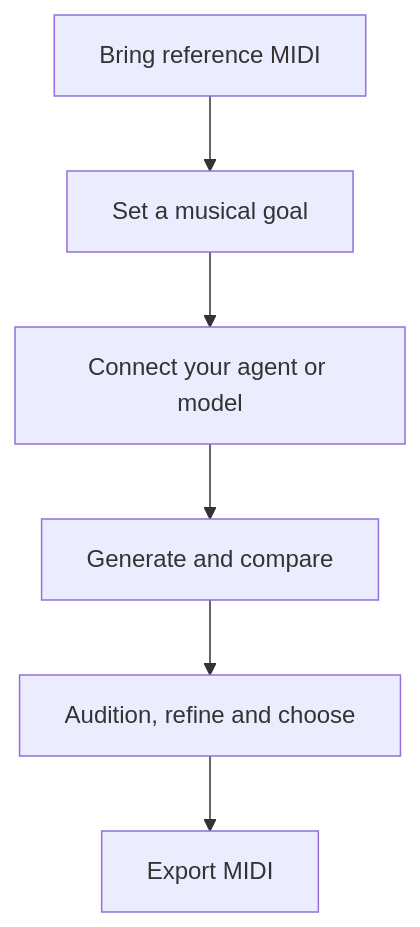
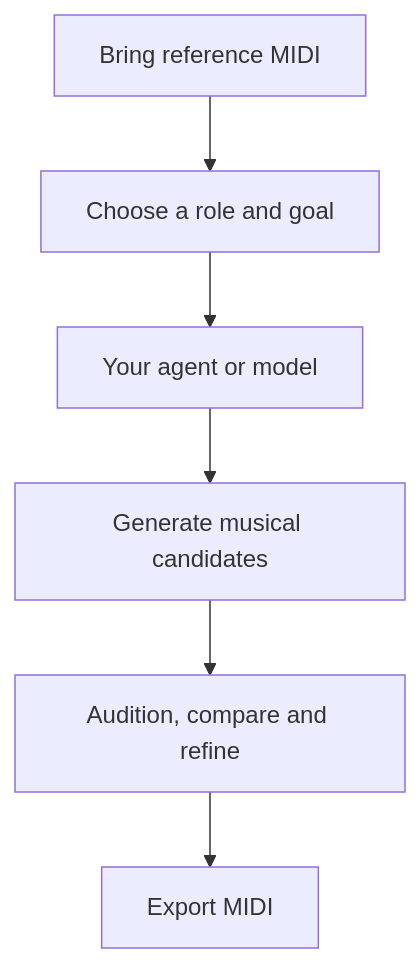
The second of 6 diagrams in README.en.md (ryurikoneko/DAWLoop), drawn with Mermaid before and after one commit. The commit also changed other lines of this file and 1 other file, not shown here.

````diff
--- a/README.en.md
+++ b/README.en.md
@@ -101,8 +145,8 @@
 ```mermaid
 flowchart TD
-    A[Bring reference MIDI] --> B[Set a musical goal]
-    B --> C[Connect your agent or model]
-    C --> D[Generate and compare]
-    D --> E[Audition, refine and choose]
+    A[Bring reference MIDI] --> B[Choose a role and goal]
+    B --> C[Your agent or model]
+    C --> D[Generate musical candidates]
+    D --> E[Audition, compare and refine]
     E --> F[Export MIDI]
 ```
````
